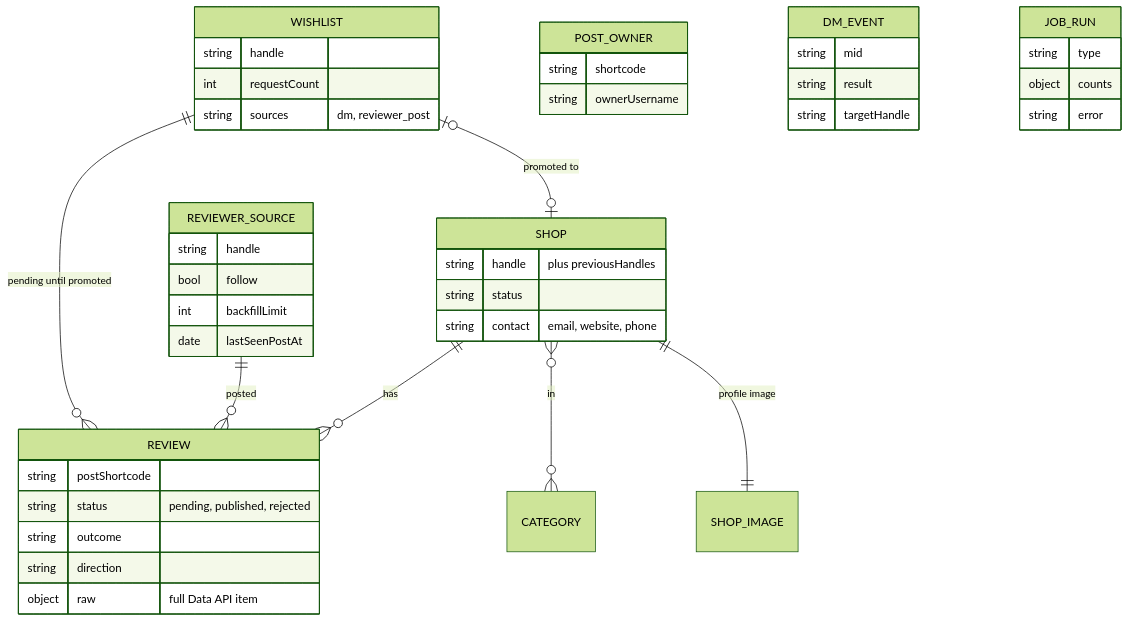
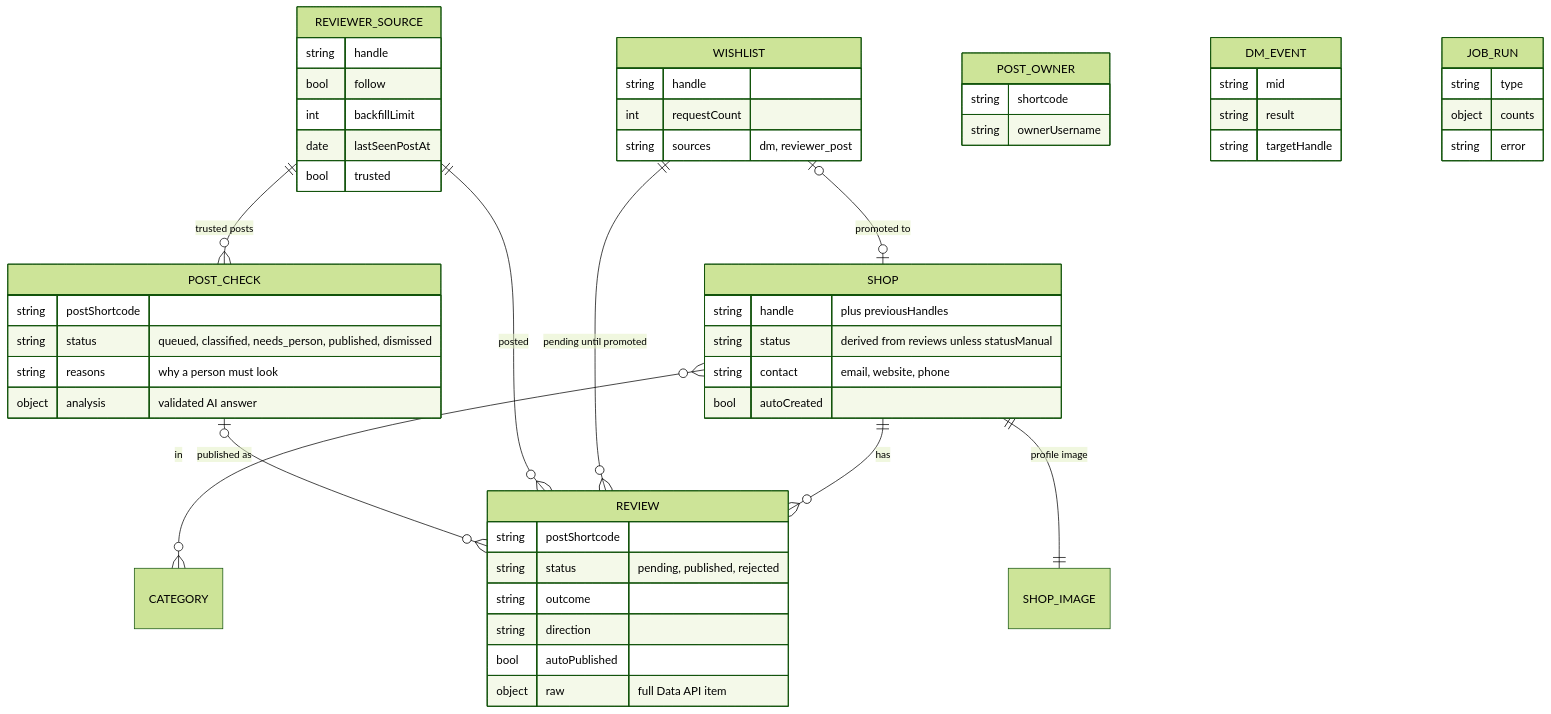
The sixth of 6 diagrams in ARCHITECTURE.md (tavangar79/pagesanj), drawn with Mermaid (forest theme) before and after one commit. The commit also changed other lines of this file and 2 other files, not shown here.

Commit message:
Document trusted reviewer pages

````diff
--- a/ARCHITECTURE.md
+++ b/ARCHITECTURE.md
@@ -197,47 +230,58 @@
 ```mermaid
 erDiagram
   SHOP ||--o{ REVIEW : "has"
   WISHLIST ||--o{ REVIEW : "pending until promoted"
   REVIEWER_SOURCE ||--o{ REVIEW : "posted"
+  REVIEWER_SOURCE ||--o{ POST_CHECK : "trusted posts"
+  POST_CHECK |o--o{ REVIEW : "published as"
   SHOP }o--o{ CATEGORY : "in"
   SHOP ||--|| SHOP_IMAGE : "profile image"
   WISHLIST |o--o| SHOP : "promoted to"
 
   SHOP {
     string handle "plus previousHandles"
-    string status
+    string status "derived from reviews unless statusManual"
     string contact "email, website, phone"
+    bool autoCreated
   }
   REVIEW {
     string postShortcode
     string status "pending, published, rejected"
     string outcome
     string direction
+    bool autoPublished
     object raw "full Data API item"
   }
   WISHLIST {
     string handle
     int requestCount
     string sources "dm, reviewer_post"
   }
   REVIEWER_SOURCE {
     string handle
     bool follow
     int backfillLimit
     date lastSeenPostAt
+    bool trusted
+  }
+  POST_CHECK {
+    string postShortcode
+    string status "queued, classified, needs_person, published, dismissed"
+    string reasons "why a person must look"
+    object analysis "validated AI answer"
   }
   POST_OWNER {
     string shortcode
     string ownerUsername
   }
   DM_EVENT {
     string mid
     string result
     string targetHandle
   }
   JOB_RUN {
     string type
     object counts
     string error
   }
 ```
````
